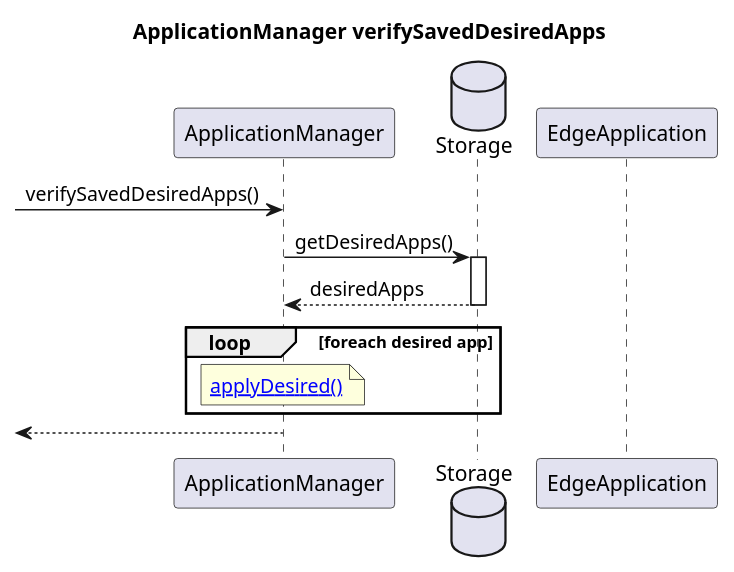
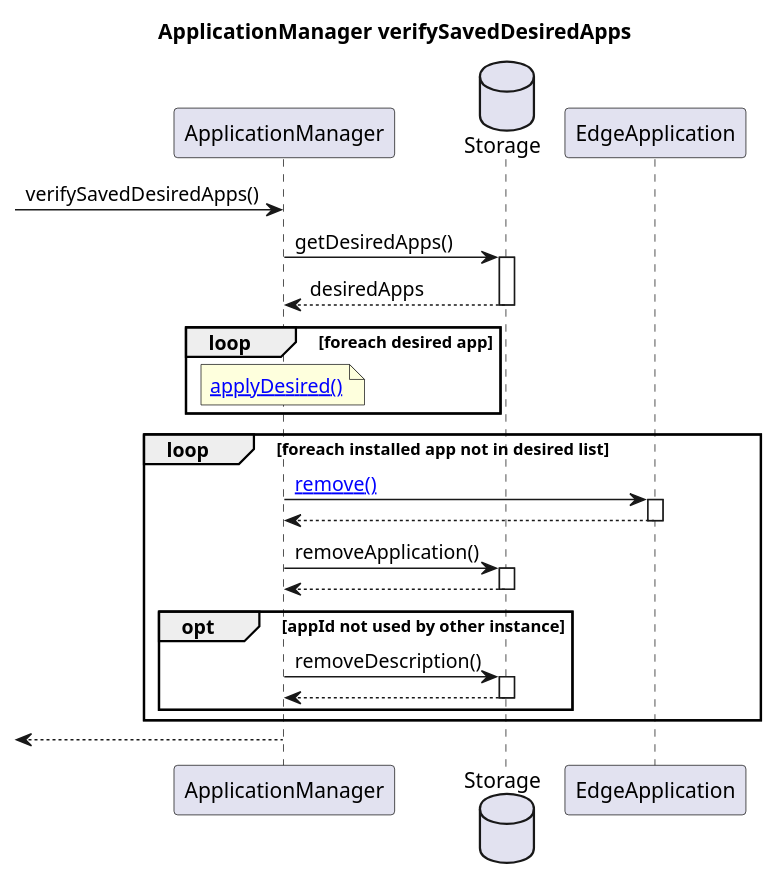
Before and after one commit to se-edge/framework-diagrams: the diagram in ApplicationManager/verifySavedDesiredApps.puml, drawn with PlantUML. The commit also changed 7 other files, not shown here.

Commit message:
update boot sequence diagram

```diff
--- a/ApplicationManager/verifySavedDesiredApps.puml
+++ b/ApplicationManager/verifySavedDesiredApps.puml
@@ -1,18 +1,31 @@
 @startuml
 title "ApplicationManager verifySavedDesiredApps"
 
 participant ApplicationManager as AM
 database Storage as Stor
 participant EdgeApplication as EApp
 
 [->AM: verifySavedDesiredApps()
 
 AM->Stor ++: getDesiredApps()
 Stor-->AM --: desiredApps
+
 loop foreach desired app
     note over AM: [[http://www.plantuml.com/plantuml/proxy?cache=no&src=https://raw.githubusercontent.com/se-edge/diagrams/develop/ApplicationManager/applyDesired.puml&fmt=svg applyDesired()]]
 end
 
+loop foreach installed app not in desired list
+    AM->EApp ++: [[http://www.plantuml.com/plantuml/proxy?cache=no&src=https://raw.githubusercontent.com/se-edge/diagrams/develop/ApplicationManager/ComposeApplication.remove.puml&fmt=svg remove()]]
+    EApp-->AM --:
+
+    AM->Stor ++: removeApplication()
+    Stor-->AM --:
+
+    opt appId not used by other instance
+        AM->Stor ++: removeDescription()
+        Stor-->AM --:
+    end
+end
 
 AM-->[:
 @enduml
```
